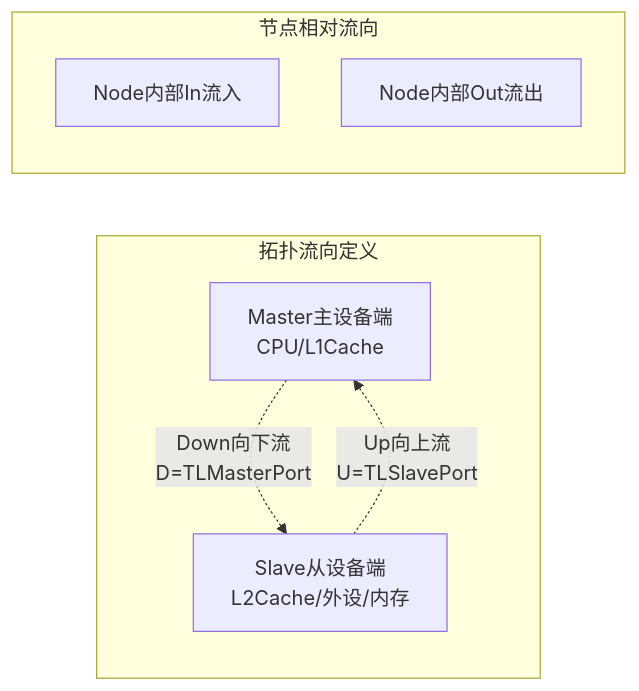
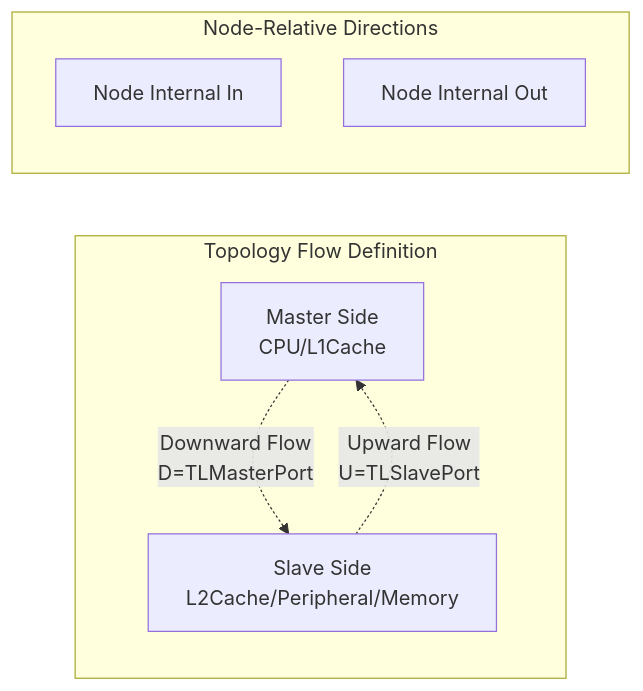
Before and after one commit to OpenXiangShan/XiangShanLab: the diagram in xiangshan-course/docs-en/2-xiangshan-programming/2-diplomacy/Chapter_11_The_Diplomacy_Framework_and_the_TileLink_Protocol_Extension.md, drawn with Mermaid. The commit also changed other lines of this file and 176 other files, not shown here.

````diff
--- a/xiangshan-course/docs-en/2-xiangshan-programming/2-diplomacy/Chapter_11_The_Diplomacy_Framework_and_the_TileLink_Protocol_Extension.md
+++ b/xiangshan-course/docs-en/2-xiangshan-programming/2-diplomacy/Chapter_11_The_Diplomacy_Framework_and_the_TileLink_Protocol_Extension.md
@@ -207,14 +293,22 @@
 ```mermaid
 flowchart LR
-    subgraph 拓扑流向定义
-        X1[Master主设备端<br/>CPU/L1Cache]
-        X2[Slave从设备端<br/>L2Cache/外设/内存]
+    %% Topology flow definition
+    subgraph TopologyFlow[Topology Flow Definition]
+        %% Master side
+        X1[Master Side<br/>CPU/L1Cache]
+        %% Slave side
+        X2[Slave Side<br/>L2Cache/Peripheral/Memory]
     end
-    X1 -.->|Down向下流<br/>D=TLMasterPort| X2
-    X2 -.->|Up向上流<br/>U=TLSlavePort| X1
-    
-    subgraph 节点相对流向
-        Y1[Node内部In流入]
-        Y2[Node内部Out流出]
+    %% Downward flow
+    X1 -.->|Downward Flow<br/>D=TLMasterPort| X2
+    %% Upward flow
+    X2 -.->|Upward Flow<br/>U=TLSlavePort| X1
+
+    %% Node-relative directions
+    subgraph NodeRelative[Node-Relative Directions]
+        %% Node internal In
+        Y1[Node Internal In]
+        %% Node internal Out
+        Y2[Node Internal Out]
     end
 ```
````
